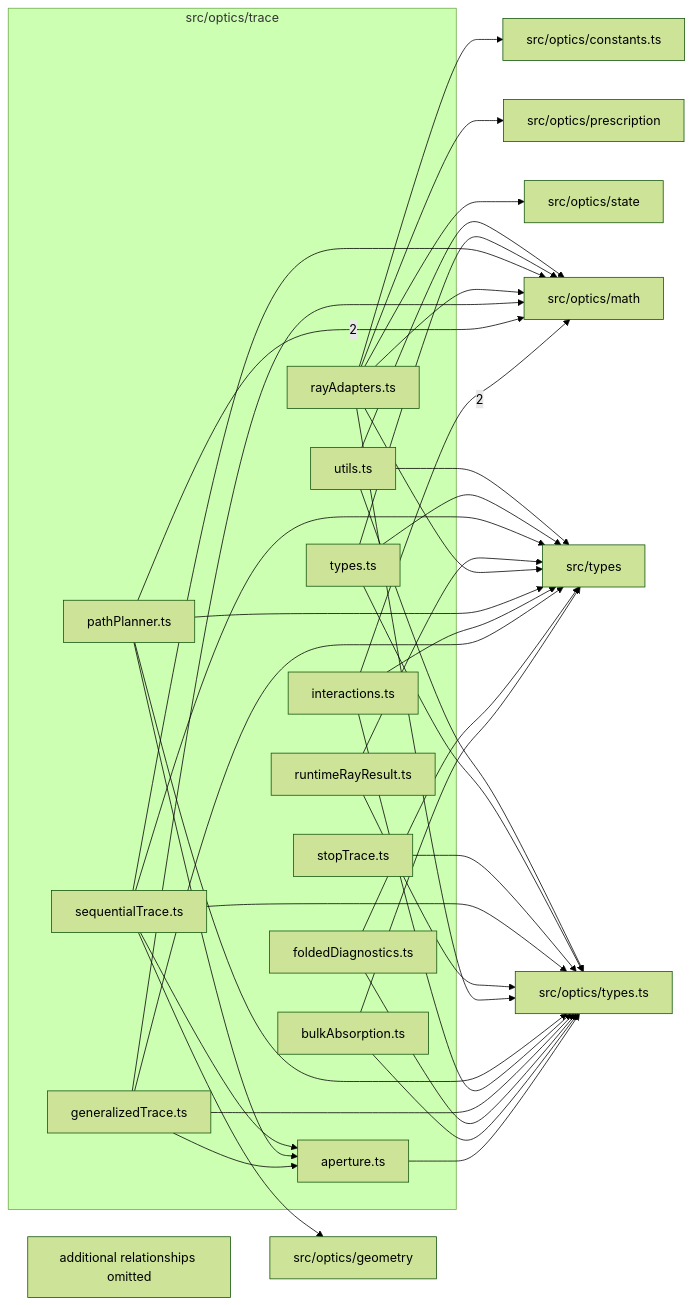
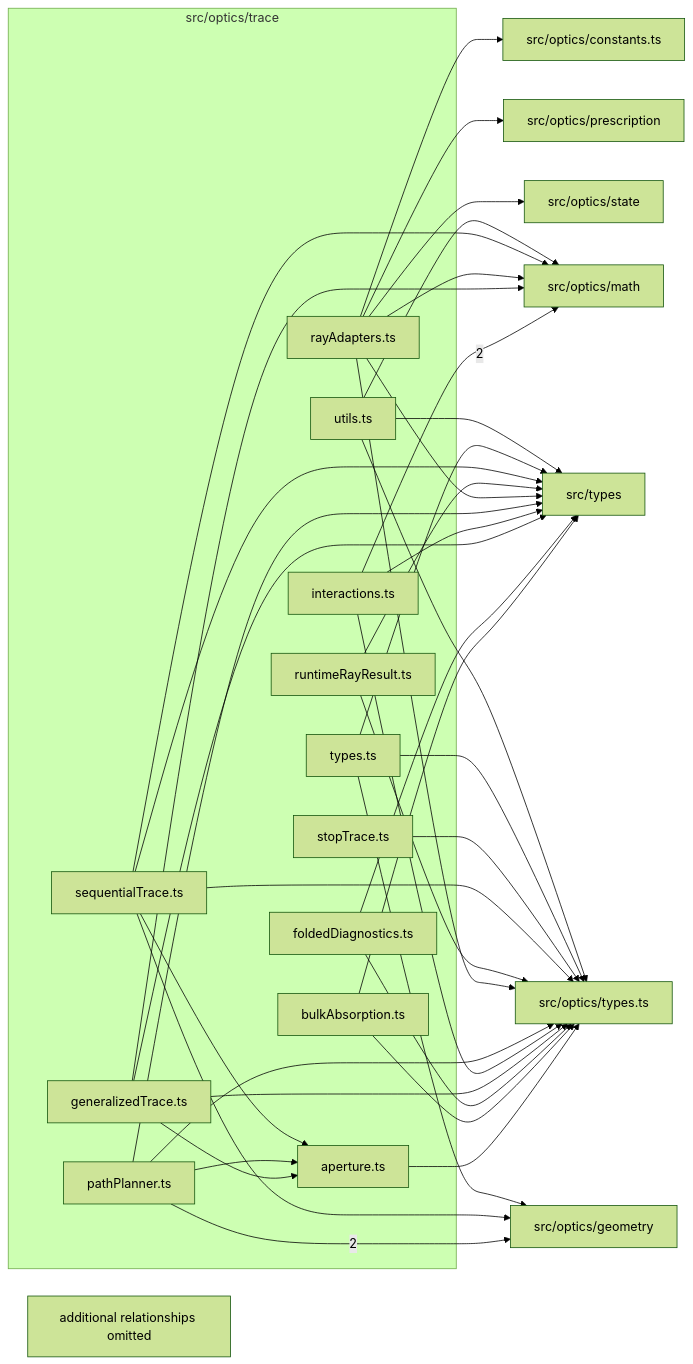
The diagram in src/optics/trace/readme.md (ronbuening/LensVisualizer), drawn with Mermaid (forest theme) before and after one commit. The commit also changed other lines of this file and 26 other files, not shown here.

````diff
--- a/src/optics/trace/readme.md
+++ b/src/optics/trace/readme.md
@@ -9,61 +9,61 @@
 ```mermaid
 flowchart LR
   subgraph n_src_optics_trace["src/optics/trace"]
     n_src_optics_trace_src_optics_trace_aperture_ts["aperture.ts"]
     n_src_optics_trace_src_optics_trace_bulkAbsorption_ts["bulkAbsorption.ts"]
     n_src_optics_trace_src_optics_trace_foldedDiagnostics_ts["foldedDiagnostics.ts"]
     n_src_optics_trace_src_optics_trace_generalizedTrace_ts["generalizedTrace.ts"]
     n_src_optics_trace_src_optics_trace_interactions_ts["interactions.ts"]
     n_src_optics_trace_src_optics_trace_pathPlanner_ts["pathPlanner.ts"]
     n_src_optics_trace_src_optics_trace_rayAdapters_ts["rayAdapters.ts"]
     n_src_optics_trace_src_optics_trace_runtimeRayResult_ts["runtimeRayResult.ts"]
     n_src_optics_trace_src_optics_trace_sequentialTrace_ts["sequentialTrace.ts"]
     n_src_optics_trace_src_optics_trace_stopTrace_ts["stopTrace.ts"]
     n_src_optics_trace_src_optics_trace_types_ts["types.ts"]
     n_src_optics_trace_src_optics_trace_utils_ts["utils.ts"]
   end
+  n_external_src_optics_geometry["src/optics/geometry"]
   n_external_src_optics_math["src/optics/math"]
   n_external_src_optics_constants_ts["src/optics/constants.ts"]
-  n_external_src_optics_geometry["src/optics/geometry"]
   n_external_src_optics_prescription["src/optics/prescription"]
   n_external_src_optics_state["src/optics/state"]
   n_external_src_optics_types_ts["src/optics/types.ts"]
   n_external_src_types["src/types"]
+  n_src_optics_trace_src_optics_trace_pathPlanner_ts --> |2| n_external_src_optics_geometry
   n_src_optics_trace_src_optics_trace_interactions_ts --> |2| n_external_src_optics_math
-  n_src_optics_trace_src_optics_trace_pathPlanner_ts --> |2| n_external_src_optics_math
   n_src_optics_trace_src_optics_trace_rayAdapters_ts --> n_external_src_optics_constants_ts
   n_src_optics_trace_src_optics_trace_sequentialTrace_ts --> n_external_src_optics_geometry
+  n_src_optics_trace_src_optics_trace_types_ts --> n_external_src_optics_geometry
   n_src_optics_trace_src_optics_trace_generalizedTrace_ts --> n_external_src_optics_math
   n_src_optics_trace_src_optics_trace_rayAdapters_ts --> n_external_src_optics_math
   n_src_optics_trace_src_optics_trace_sequentialTrace_ts --> n_external_src_optics_math
-  n_src_optics_trace_src_optics_trace_types_ts --> n_external_src_optics_math
   n_src_optics_trace_src_optics_trace_utils_ts --> n_external_src_optics_math
   n_src_optics_trace_src_optics_trace_rayAdapters_ts --> n_external_src_optics_prescription
   n_src_optics_trace_src_optics_trace_rayAdapters_ts --> n_external_src_optics_state
   n_src_optics_trace_src_optics_trace_aperture_ts --> n_external_src_optics_types_ts
   n_src_optics_trace_src_optics_trace_bulkAbsorption_ts --> n_external_src_optics_types_ts
   n_src_optics_trace_src_optics_trace_foldedDiagnostics_ts --> n_external_src_optics_types_ts
   n_src_optics_trace_src_optics_trace_generalizedTrace_ts --> n_external_src_optics_types_ts
   n_src_optics_trace_src_optics_trace_interactions_ts --> n_external_src_optics_types_ts
   n_src_optics_trace_src_optics_trace_pathPlanner_ts --> n_external_src_optics_types_ts
   n_src_optics_trace_src_optics_trace_rayAdapters_ts --> n_external_src_optics_types_ts
   n_src_optics_trace_src_optics_trace_runtimeRayResult_ts --> n_external_src_optics_types_ts
   n_src_optics_trace_src_optics_trace_sequentialTrace_ts --> n_external_src_optics_types_ts
   n_src_optics_trace_src_optics_trace_stopTrace_ts --> n_external_src_optics_types_ts
   n_src_optics_trace_src_optics_trace_types_ts --> n_external_src_optics_types_ts
   n_src_optics_trace_src_optics_trace_utils_ts --> n_external_src_optics_types_ts
   n_src_optics_trace_src_optics_trace_bulkAbsorption_ts --> n_external_src_types
   n_src_optics_trace_src_optics_trace_foldedDiagnostics_ts --> n_external_src_types
   n_src_optics_trace_src_optics_trace_generalizedTrace_ts --> n_external_src_types
   n_src_optics_trace_src_optics_trace_interactions_ts --> n_external_src_types
   n_src_optics_trace_src_optics_trace_pathPlanner_ts --> n_external_src_types
   n_src_optics_trace_src_optics_trace_rayAdapters_ts --> n_external_src_types
   n_src_optics_trace_src_optics_trace_runtimeRayResult_ts --> n_external_src_types
   n_src_optics_trace_src_optics_trace_sequentialTrace_ts --> n_external_src_types
   n_src_optics_trace_src_optics_trace_types_ts --> n_external_src_types
   n_src_optics_trace_src_optics_trace_utils_ts --> n_external_src_types
   n_src_optics_trace_src_optics_trace_generalizedTrace_ts --> n_src_optics_trace_src_optics_trace_aperture_ts
   n_src_optics_trace_src_optics_trace_pathPlanner_ts --> n_src_optics_trace_src_optics_trace_aperture_ts
   n_src_optics_trace_src_optics_trace_sequentialTrace_ts --> n_src_optics_trace_src_optics_trace_aperture_ts
   n_src_optics_trace_truncated["additional relationships omitted"]
 ```
````
